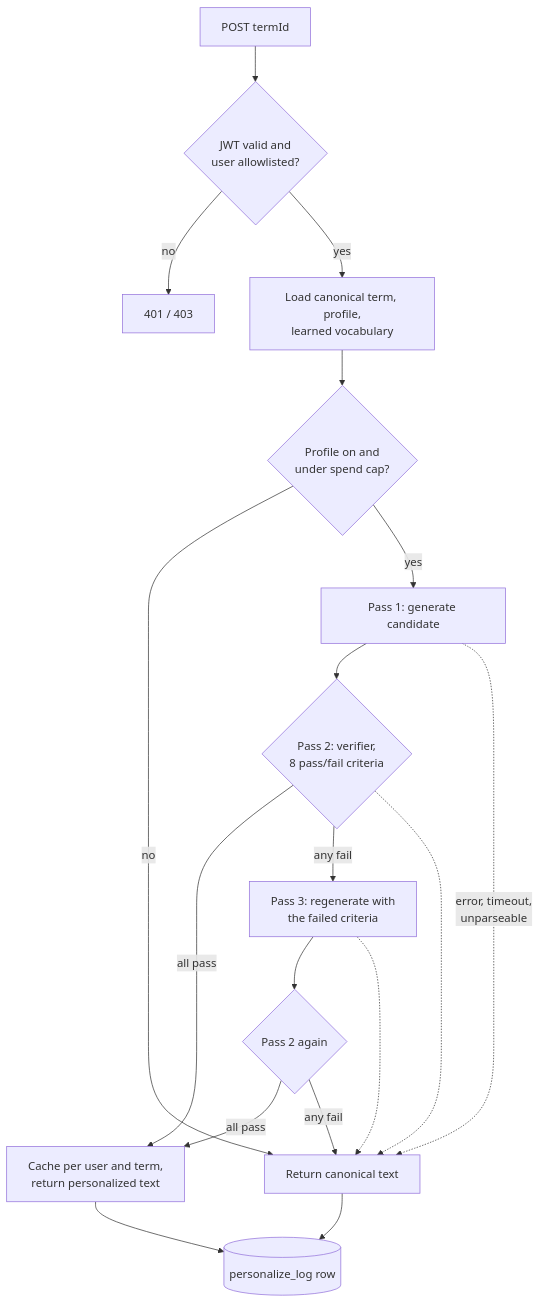
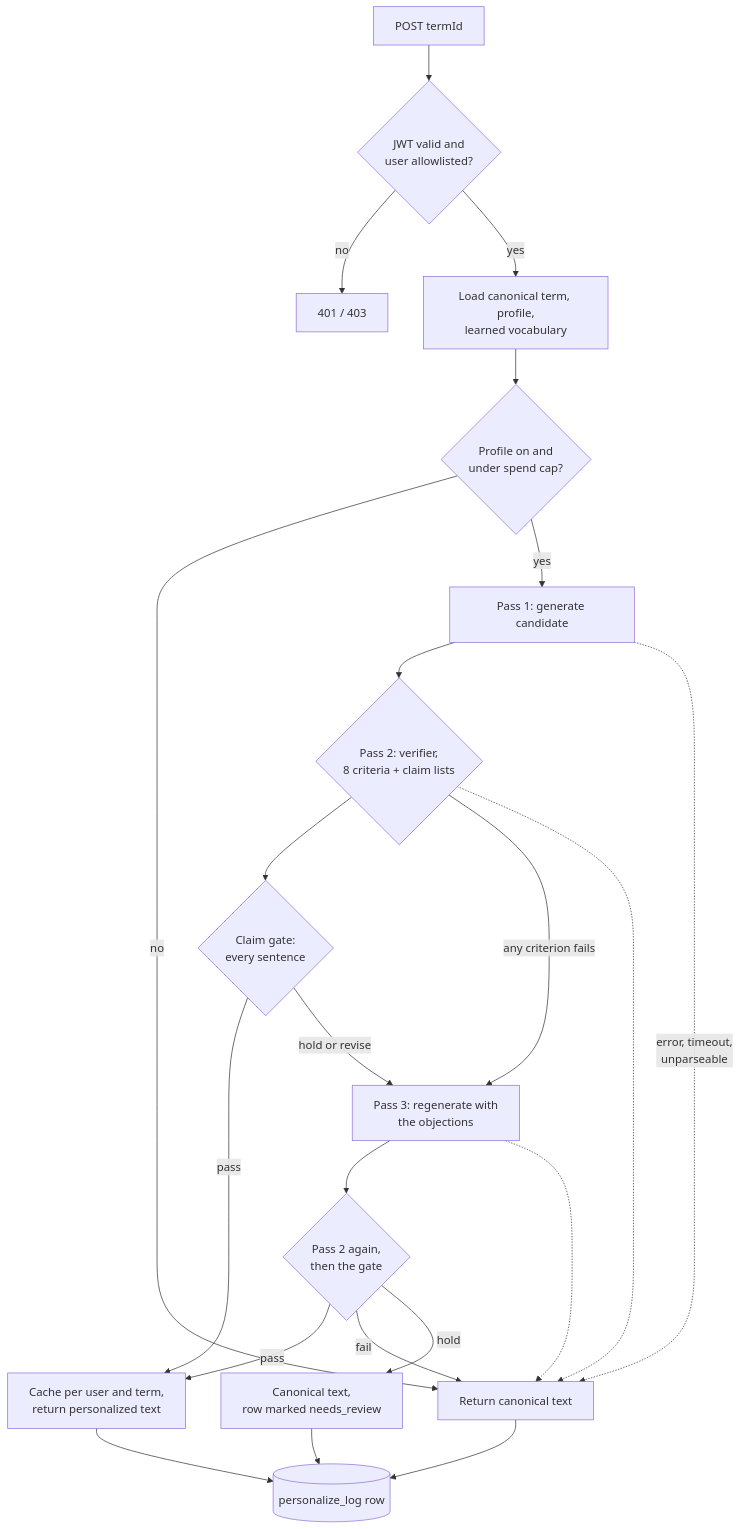
The diagram in README.md (kvmadden/jargon), drawn with Mermaid before and after one commit. The commit also changed other lines of this file and 4 other files, not shown here.

````diff
--- a/README.md
+++ b/README.md
@@ -39,20 +39,24 @@
 ```mermaid
 flowchart TD
     A["POST termId"] --> B{"JWT valid and<br/>user allowlisted?"}
     B -- no --> X["401 / 403"]
     B -- yes --> C["Load canonical term, profile,<br/>learned vocabulary"]
     C --> D{"Profile on and<br/>under spend cap?"}
     D -- no --> F["Return canonical text"]
     D -- yes --> P1["Pass 1: generate candidate"]
-    P1 --> V1{"Pass 2: verifier,<br/>8 pass/fail criteria"}
-    V1 -- all pass --> S["Cache per user and term,<br/>return personalized text"]
-    V1 -- any fail --> P3["Pass 3: regenerate with<br/>the failed criteria"]
-    P3 --> V2{"Pass 2 again"}
-    V2 -- all pass --> S
-    V2 -- any fail --> F
+    P1 --> V1{"Pass 2: verifier,<br/>8 criteria + claim lists"}
+    V1 --> G1{"Claim gate:<br/>every sentence"}
+    G1 -- pass --> S["Cache per user and term,<br/>return personalized text"]
+    V1 -- any criterion fails --> P3["Pass 3: regenerate with<br/>the objections"]
+    G1 -- hold or revise --> P3
+    P3 --> V2{"Pass 2 again,<br/>then the gate"}
+    V2 -- pass --> S
+    V2 -- fail --> F
+    V2 -- hold --> H["Canonical text,<br/>row marked needs_review"]
     P1 -. "error, timeout,<br/>unparseable" .-> F
     V1 -.-> F
     P3 -.-> F
     S --> L[("personalize_log row")]
     F --> L
+    H --> L
 ```
````
